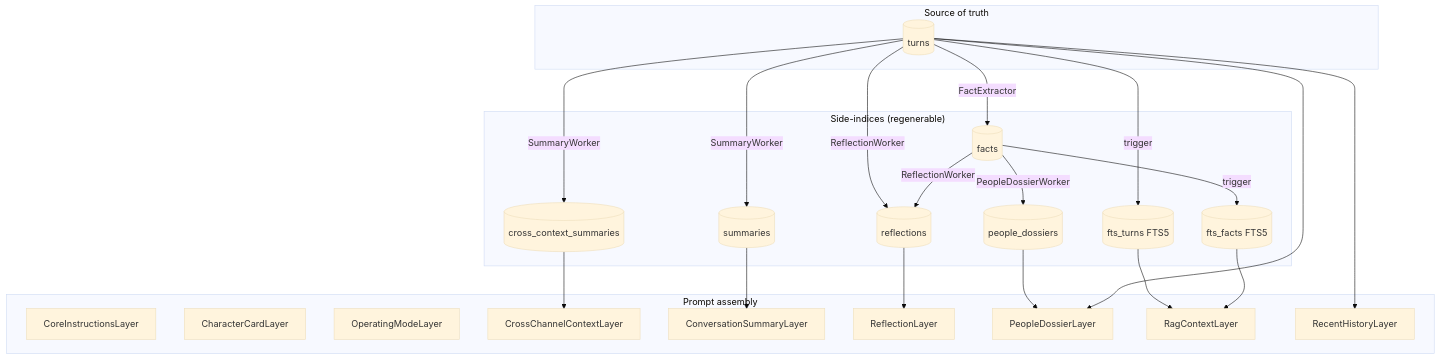
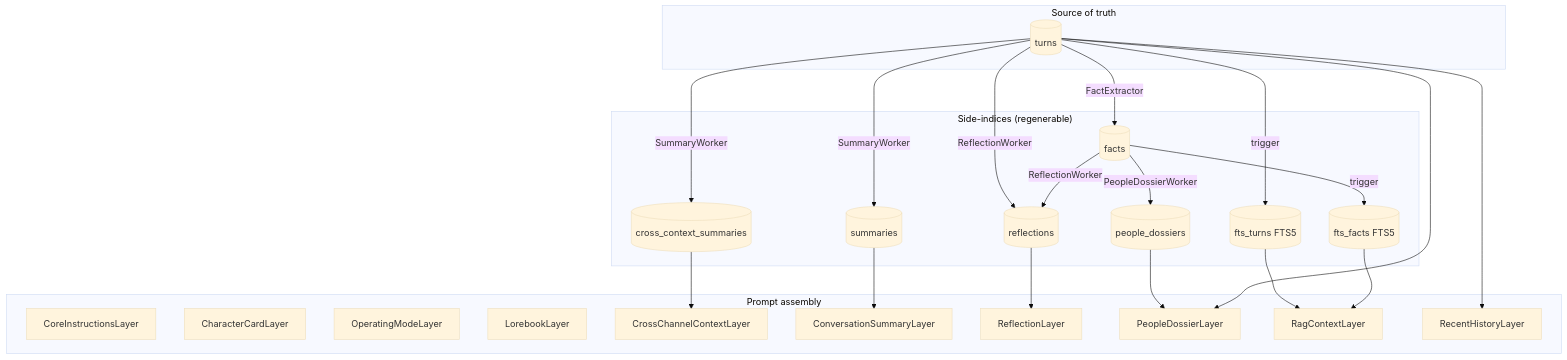
Before and after one commit to CorVous/Familiar-Connect: the diagram in docs/architecture/context-pipeline.md, drawn with Mermaid (base theme). The commit also changed other lines of this file and 14 other files, not shown here.

````diff
--- a/docs/architecture/context-pipeline.md
+++ b/docs/architecture/context-pipeline.md
@@ -14,46 +14,47 @@
 ```mermaid
 flowchart TB
     subgraph SoT["Source of truth"]
         turns[(turns)]
     end
 
     subgraph Indices["Side-indices (regenerable)"]
         summaries[(summaries)]
         cross[(cross_context_summaries)]
         fts[(fts_turns FTS5)]
         facts[(facts)]
         fts_facts[(fts_facts FTS5)]
         dossiers[(people_dossiers)]
         reflections[(reflections)]
     end
 
     turns -->|trigger| fts
     turns -->|SummaryWorker| summaries
     turns -->|SummaryWorker| cross
     turns -->|FactExtractor| facts
     facts -->|trigger| fts_facts
     facts -->|PeopleDossierWorker| dossiers
     turns -->|ReflectionWorker| reflections
     facts -->|ReflectionWorker| reflections
 
     subgraph Assembler[Prompt assembly]
         core[CoreInstructionsLayer]
         card[CharacterCardLayer]
         mode[OperatingModeLayer]
+        lore[LorebookLayer]
         xc[CrossChannelContextLayer]
         sum[ConversationSummaryLayer]
         ref[ReflectionLayer]
         ppl[PeopleDossierLayer]
         rag[RagContextLayer]
         hist[RecentHistoryLayer]
     end
 
     cross --> xc
     summaries --> sum
     dossiers --> ppl
     reflections --> ref
     fts --> rag
     fts_facts --> rag
     turns --> hist
     turns --> ppl
 ```
````
